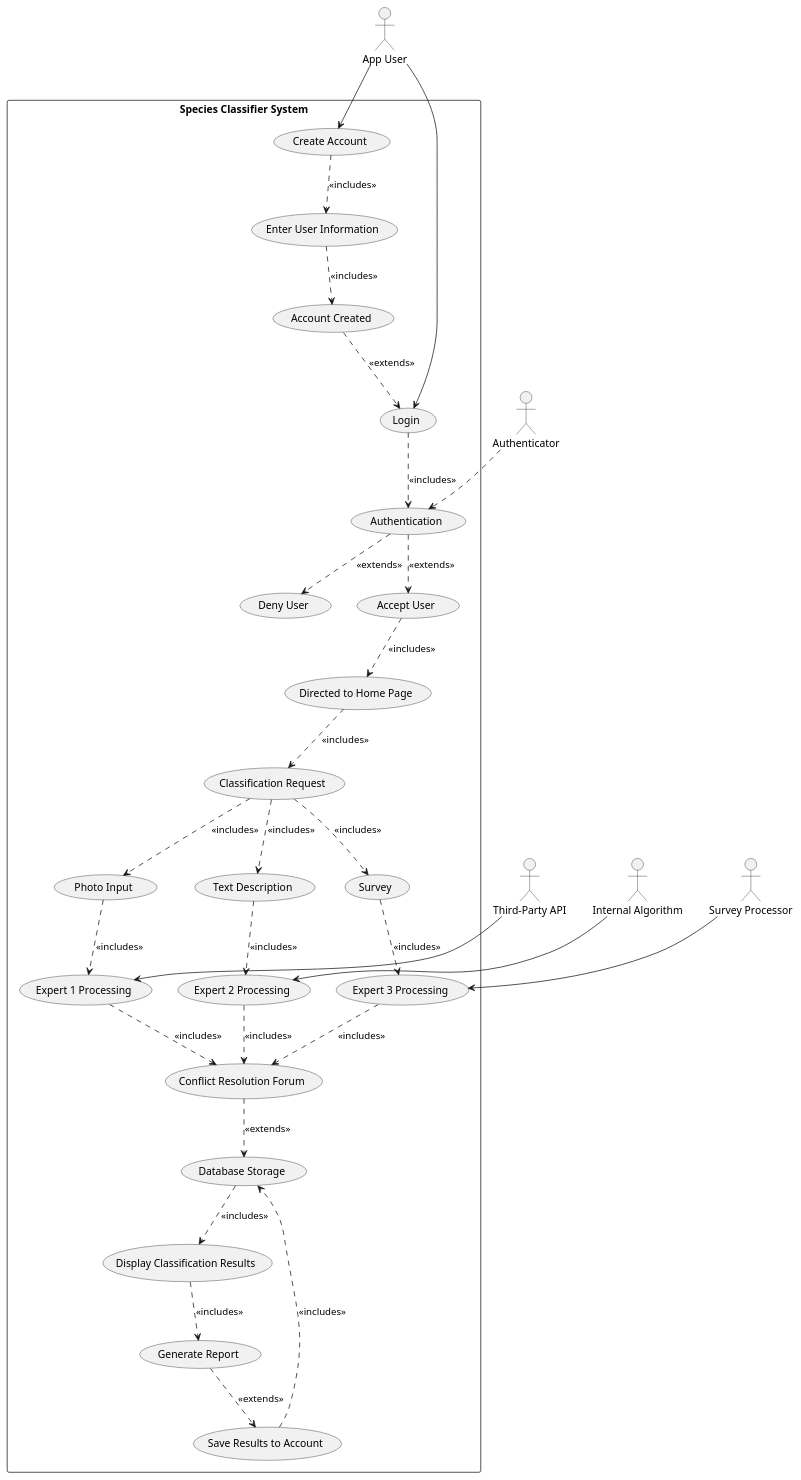
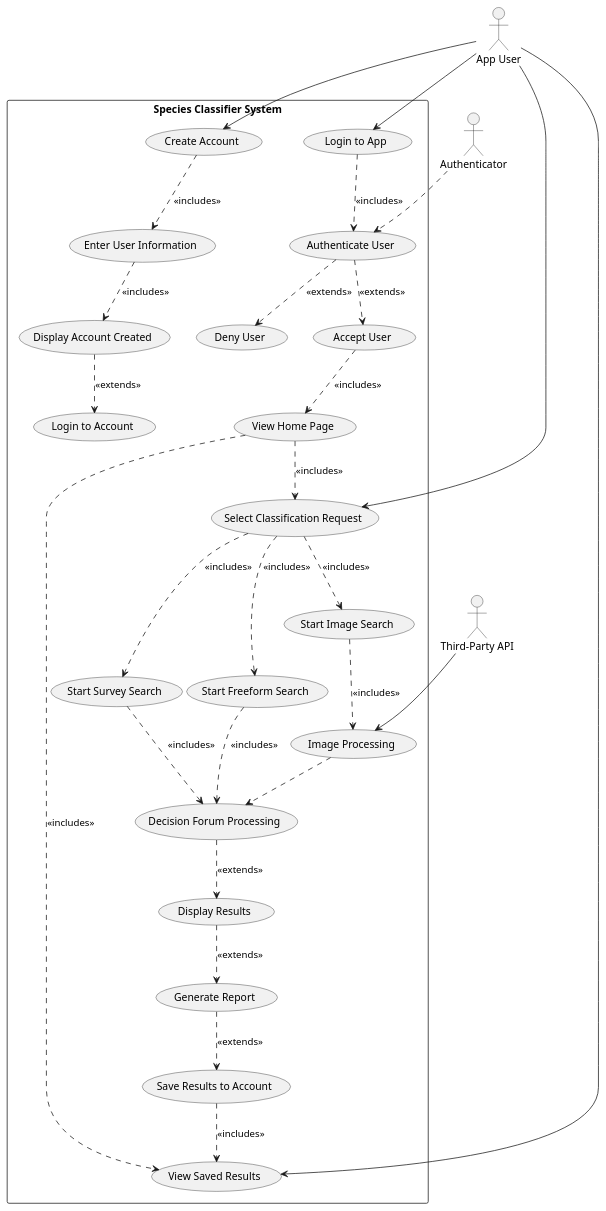
One commit to txshah/3A04_group6 changed the diagram in D1/plantUMLcode/useCaseDiagram.pu. Above: the diagram before and after it, drawn with PlantUML. The commit also changed 8 other files, not shown here.

```diff
--- a/D1/plantUMLcode/useCaseDiagram.pu
+++ b/D1/plantUMLcode/useCaseDiagram.pu
@@ -1,46 +1,41 @@
 @startuml
 actor "App User" as User
+actor "Third-Party API" as Expert1
 actor "Authenticator" as Auth
-actor "Third-Party API" as Expert1
-actor "Internal Algorithm" as Expert2
-actor "Survey Processor" as Expert3
 
 rectangle "Species Classifier System" {
-    User --> (Login)
-    (Login) ..> (Authentication) : <<includes>>
-    (Authentication) ..> (Deny User) : <<extends>>
-    (Authentication) ..> (Accept User) : <<extends>>
-    Auth ..> (Authentication)
+    User --> (Login to App)
+    (Login to App) ..> (Authenticate User) : <<includes>>
+    (Authenticate User) ..> (Deny User) : <<extends>>
+    (Authenticate User) ..> (Accept User) : <<extends>>
+    Auth ..> (Authenticate User)
 
     User --> (Create Account)
     (Create Account) ..> (Enter User Information) : <<includes>>
-    (Enter User Information) ..> (Account Created) : <<includes>>
-    (Account Created) ..> (Login): <<extends>>
+    (Enter User Information) ..> (Display Account Created) : <<includes>>
+    (Display Account Created) ..> (Login to Account): <<extends>>
 
-    (Accept User) ..> (Directed to Home Page) : <<includes>>  
+    (Accept User) ..> (View Home Page) : <<includes>>  
 
-    (Directed to Home Page) ..> (Classification Request): <<includes>>  
-    (Classification Request) ..> (Photo Input) : <<includes>>
-    (Classification Request) ..> (Text Description) : <<includes>>
-    (Classification Request) ..> (Survey) : <<includes>>
+    User --> (Select Classification Request)
+    (View Home Page) ..> (Select Classification Request): <<includes>>  
+    (Select Classification Request) ..> (Start Image Search) : <<includes>>
+    (Select Classification Request) ..> (Start Freeform Search) : <<includes>>
+    (Select Classification Request) ..> (Start Survey Search) : <<includes>>
 
-    (Photo Input) ..> (Expert 1 Processing): <<includes>>
-    (Text Description) ..>  (Expert 2 Processing): <<includes>>
-    (Survey) ..>  (Expert 3 Processing): <<includes>>
+     User --> (View Saved Results)
+    (View Home Page) ..> (View Saved Results): <<includes>> 
 
-    Expert1 --> (Expert 1 Processing)
-    Expert2 -->(Expert 2 Processing)
-    Expert3 -->  (Expert 3 Processing)
+    (Start Image Search) ..> (Image Processing): <<includes>>
+    (Image Processing) ..> (Decision Forum Processing) <<includes>>
+    (Start Freeform Search) ..>  (Decision Forum Processing): <<includes>>
+    (Start Survey Search) ..>  (Decision Forum Processing): <<includes>>
 
-    (Expert 1 Processing) ..>  (Conflict Resolution Forum): <<includes>>
-    (Expert 2 Processing) ..>  (Conflict Resolution Forum): <<includes>>
-    (Expert 3 Processing) ..>  (Conflict Resolution Forum): <<includes>>
-
-    (Conflict Resolution Forum) ..>  (Database Storage): <<extends>>
-    (Database Storage) ..>  (Display Classification Results): <<includes>>
-    (Display Classification Results) ..> (Generate Report) : <<includes>>
+    Expert1 --> (Image Processing)
+    (Decision Forum Processing) ..>  (Display Results): <<extends>>
+    (Display Results) ..> (Generate Report) : <<extends>>
 
     (Generate Report) ..> (Save Results to Account) : <<extends>>
-    (Save Results to Account) ..> (Database Storage) : <<includes>>
+    (Save Results to Account) ..> (View Saved Results) : <<includes>>
 }
 @enduml
```
